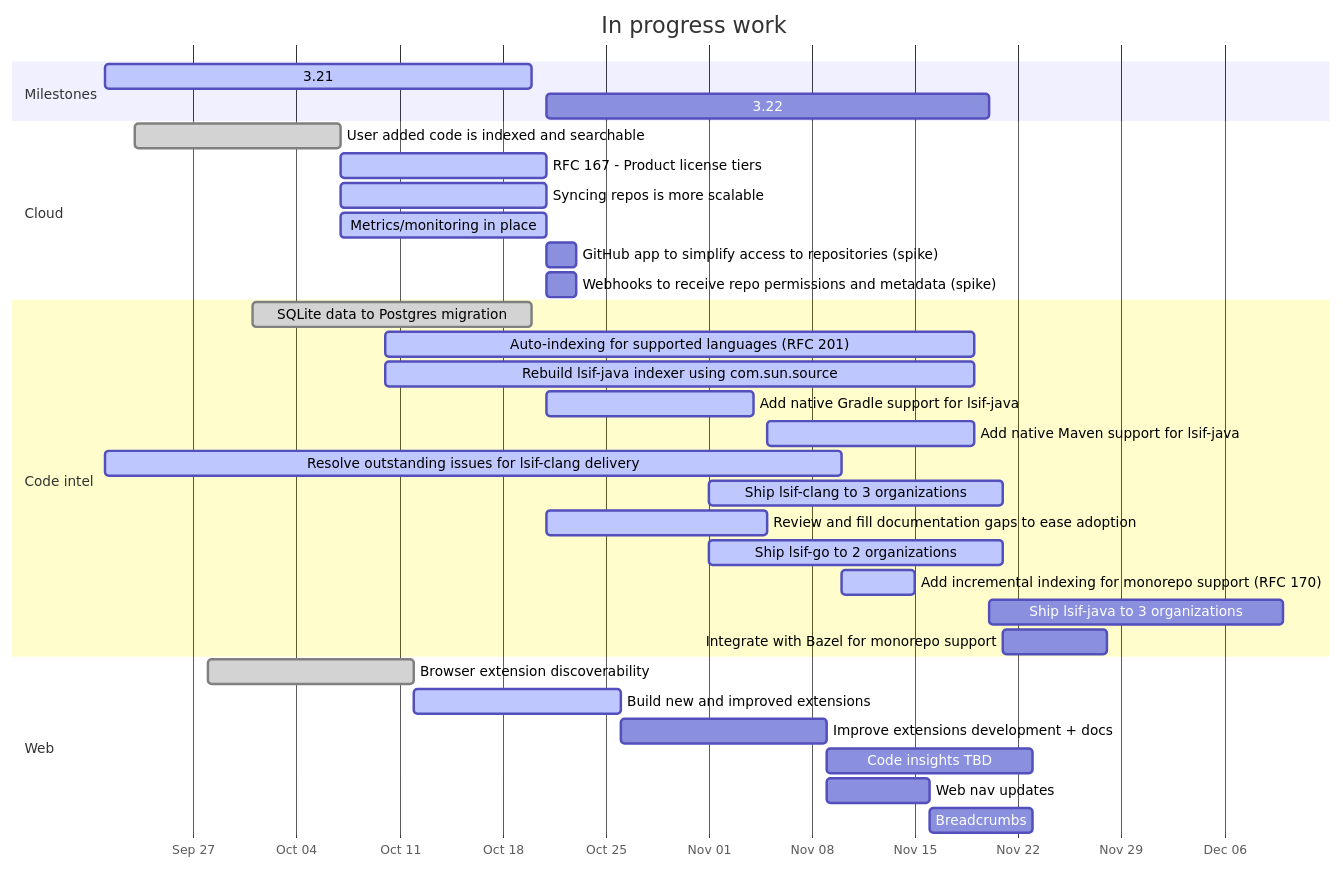
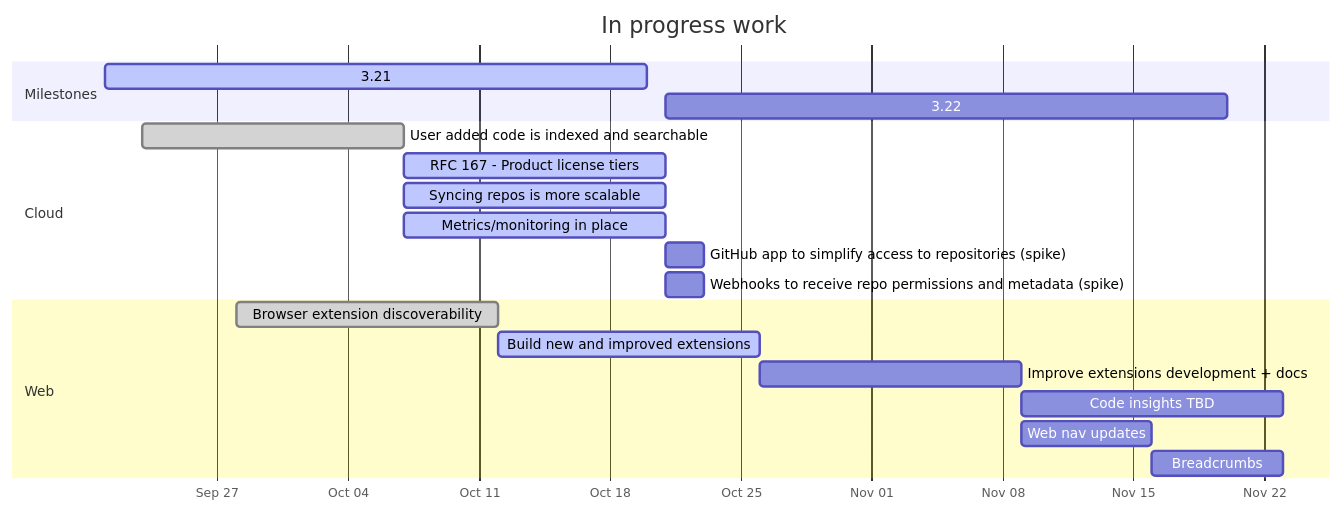
The diagram in handbook/product/roadmap.md (sourcegraph/about), drawn with Mermaid before and after one commit. The commit also changed other lines of this file, not shown here.

```diff
--- a/handbook/product/roadmap.md
+++ b/handbook/product/roadmap.md
@@ -7,46 +7,35 @@
 <pre class="mermaid" data-rendered-width="150%" data-scroll-right="50%">
 gantt
     title In progress work
     dateFormat YYYY-MM-DD
     axisFormat %b %d
 
 section Milestones
     3.21 :active, release-3.21, 2020-09-21, 2020-10-20
     3.22 :        release-3.22, 2020-10-21, 2020-11-20
 
 %% section Campaigns
 %%     TO DO :active, after release-3.21, 30d
 
 section Cloud
     User added code is indexed and searchable                 :done,   2020-09-23, 2020-10-07
     RFC 167 - Product license tiers                           :active, 2020-10-07, 14d
     Syncing repos is more scalable                            :active, 2020-10-07, 14d
     Metrics/monitoring in place                               :active, 2020-10-07, 14d
     GitHub app to simplify access to repositories (spike)     :        2020-10-21, 2d
     Webhooks to receive repo permissions and metadata (spike) :        2020-10-21, 2d
 
-section Code intel
-    SQLite data to Postgres migration                       :done,   2020-10-01, 2020-10-20
-    Auto-indexing for supported languages (RFC 201)         :active, 2020-10-10, 40d
-    Rebuild lsif-java indexer using com.sun.source          :active, 2020-10-10, 40d
-    Add native Gradle support for lsif-java                 :active, 2020-10-21, 14d
-    Add native Maven support for lsif-java                  :active, 2020-11-05, 14d
-    Resolve outstanding issues for lsif-clang delivery      :active, 2020-09-21, 50d
-    Ship lsif-clang to 3 organizations                      :active, 2020-11-01, 20d
-    Review and fill documentation gaps to ease adoption     :active, 2020-10-21, 15d
-    Ship lsif-go to 2 organizations                         :active, 2020-11-01, 20d
-    Add incremental indexing for monorepo support (RFC 170) :active, 2020-11-10, 5d
-    Ship lsif-java to 3 organizations                       :        2020-11-20, 20d
-    Integrate with Bazel for monorepo support               :        2020-11-21, 7d
+%%section Code intel
+ %% TO DO   
 
 section Web
     Browser extension discoverability                         :done,    2020-09-28, 14d
     Build new and improved extensions                         :active,   2020-10-12, 14d
     Improve extensions development + docs                     :         2020-10-26, 14d
     Code insights TBD                                         :         2020-11-09, 14d
     Web nav updates                                           :         2020-11-09, 7d
     Breadcrumbs                                               :         2020-11-16, 7d
 
 %% section Search
 %%     TO DO :active, after release-3.21, 30d
 </pre>
```
